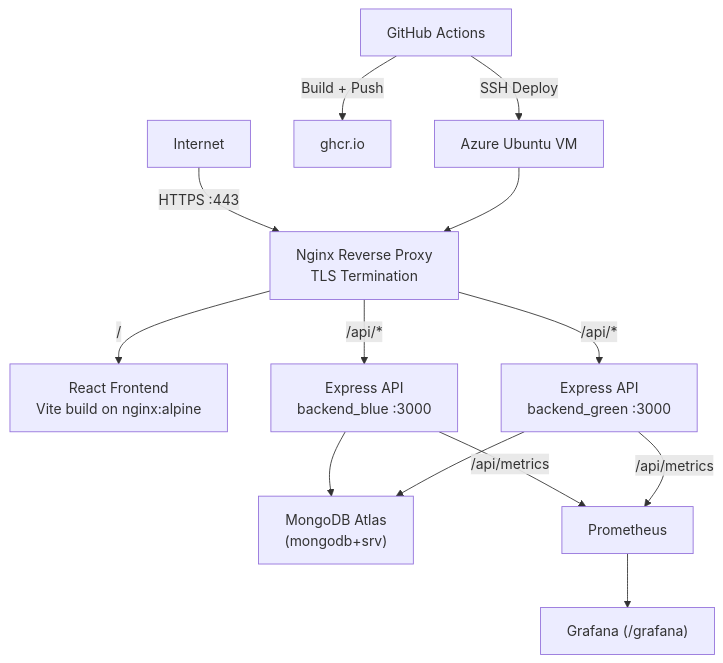
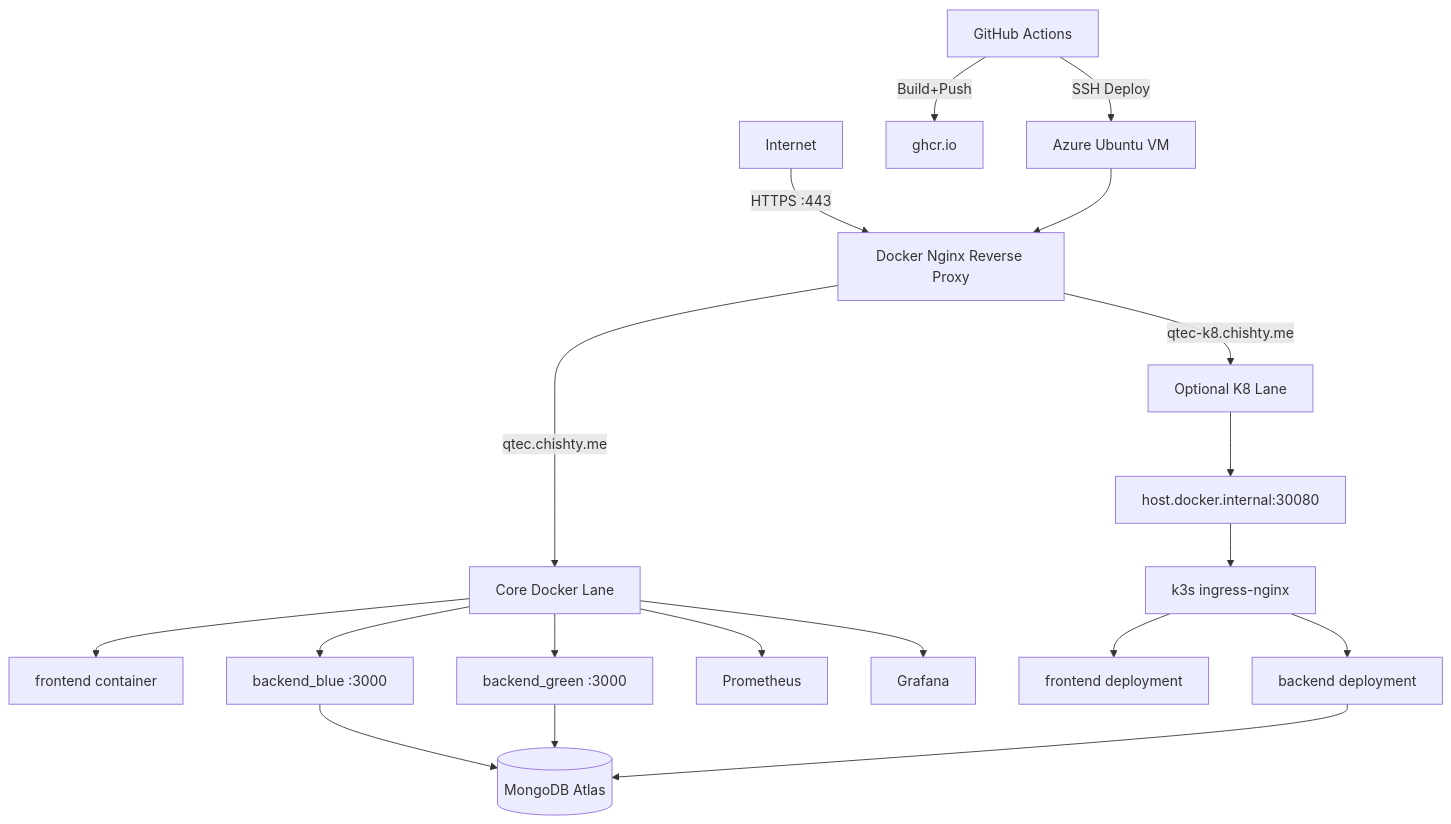
The diagram in README.md (chishty313/devops-dash), drawn with Mermaid before and after one commit. The commit also changed other lines of this file and 5 other files, not shown here.

````diff
--- a/README.md
+++ b/README.md
@@ -7,15 +87,26 @@
 ```mermaid
 flowchart TD
-    Internet["Internet"] -->|HTTPS :443| Nginx["Nginx Reverse Proxy\nTLS Termination"]
-    Nginx -->|"/"| Frontend["React Frontend\nVite build on nginx:alpine"]
-    Nginx -->|"/api/*"| BackendBlue["Express API\nbackend_blue :3000"]
-    Nginx -->|"/api/*"| BackendGreen["Express API\nbackend_green :3000"]
-    BackendBlue --> MongoDB["MongoDB Atlas\n(mongodb+srv)"]
-    BackendGreen --> MongoDB
-    BackendBlue -->|"/api/metrics"| Prometheus["Prometheus"]
-    BackendGreen -->|"/api/metrics"| Prometheus
-    Prometheus --> Grafana["Grafana (/grafana)"]
-    GitHub["GitHub Actions"] -->|Build + Push| GHCR["ghcr.io"]
-    GitHub -->|SSH Deploy| AzureVM["Azure Ubuntu VM"]
-    AzureVM --> Nginx
+    Internet[Internet] -->|HTTPS :443| EdgeNginx[Docker Nginx Reverse Proxy]
+
+    EdgeNginx -->|qtec.chishty.me| DockerLane[Core Docker Lane]
+    EdgeNginx -->|qtec-k8.chishty.me| K8Lane[Optional K8 Lane]
+
+    DockerLane --> FrontendDocker[frontend container]
+    DockerLane --> BackendBlue[backend_blue :3000]
+    DockerLane --> BackendGreen[backend_green :3000]
+    DockerLane --> Prometheus[Prometheus]
+    DockerLane --> Grafana[Grafana]
+
+    K8Lane --> NodePort[host.docker.internal:30080]
+    NodePort --> Ingress[k3s ingress-nginx]
+    Ingress --> K8Frontend[frontend deployment]
+    Ingress --> K8Backend[backend deployment]
+
+    BackendBlue --> Atlas[(MongoDB Atlas)]
+    BackendGreen --> Atlas
+    K8Backend --> Atlas
+
+    GitHub[GitHub Actions] -->|Build+Push| GHCR[ghcr.io]
+    GitHub -->|SSH Deploy| AzureVM[Azure Ubuntu VM]
+    AzureVM --> EdgeNginx
 ```
````
